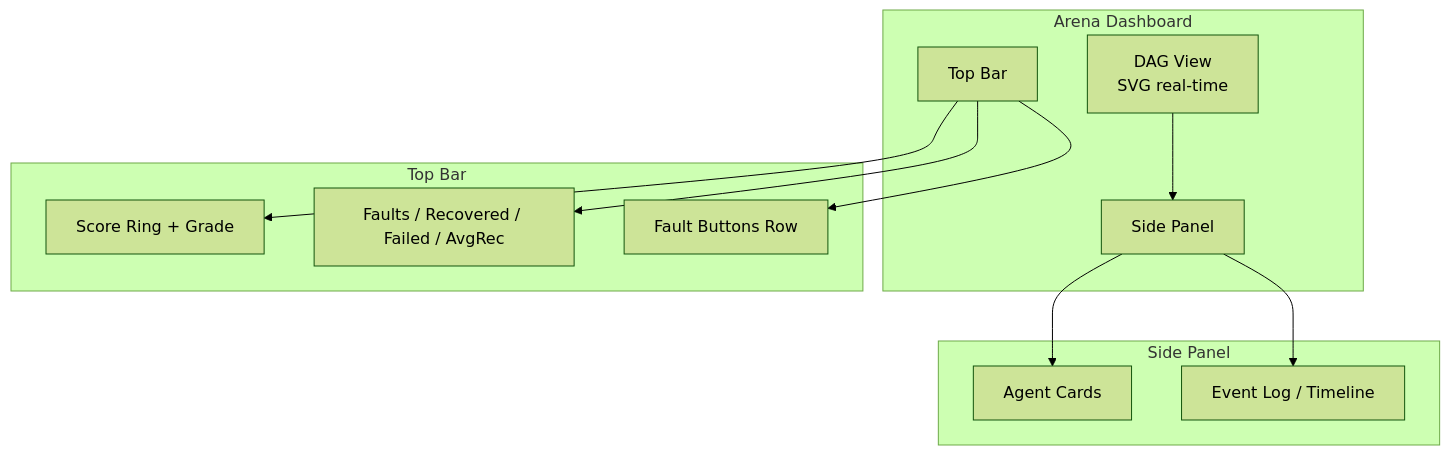
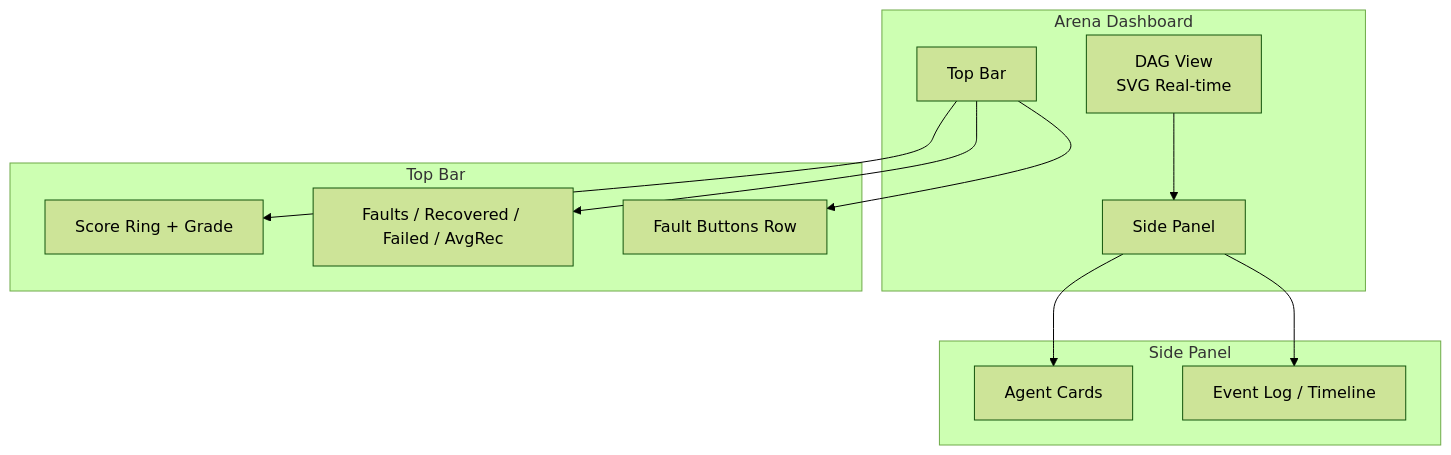
The fifth of 6 diagrams in docs/articles/en/arena-fault-injection-deep-dive.md (Timwood0x10/ARES), drawn with Mermaid (forest theme) before and after one commit. The commit also changed other lines of this file and 22 other files, not shown here.

````diff
--- a/docs/articles/en/arena-fault-injection-deep-dive.md
+++ b/docs/articles/en/arena-fault-injection-deep-dive.md
@@ -447,26 +303,26 @@
 ```mermaid
 graph TB
     subgraph "Arena Dashboard"
         TOP[Top Bar]
-        DAG[DAG View\nSVG real-time]
+        DAG[DAG View\nSVG Real-time]
         SIDE[Side Panel]
     end
 
     subgraph "Top Bar"
         SCORE[Score Ring + Grade]
         STATS[Faults / Recovered / Failed / AvgRec]
         FAULTS[Fault Buttons Row]
     end
 
     subgraph "Side Panel"
         CARDS[Agent Cards]
         LOG[Event Log / Timeline]
     end
 
     TOP --> SCORE
     TOP --> STATS
     TOP --> FAULTS
     DAG --> SIDE
     SIDE --> CARDS
     SIDE --> LOG
 ```
````
